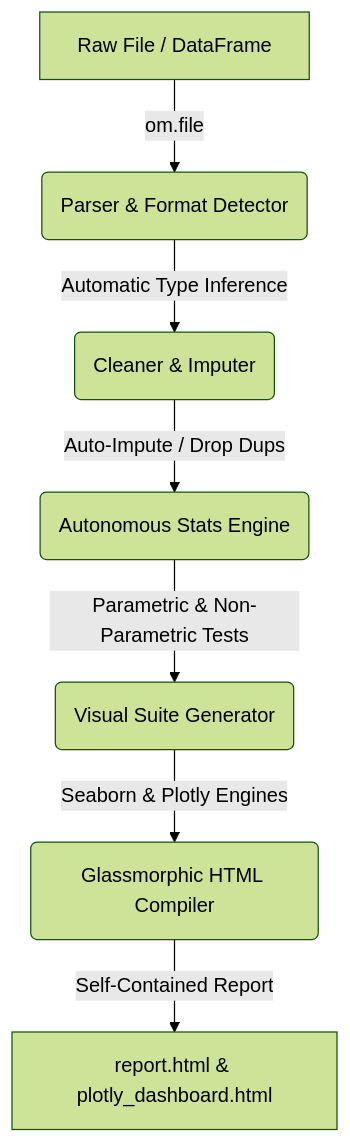
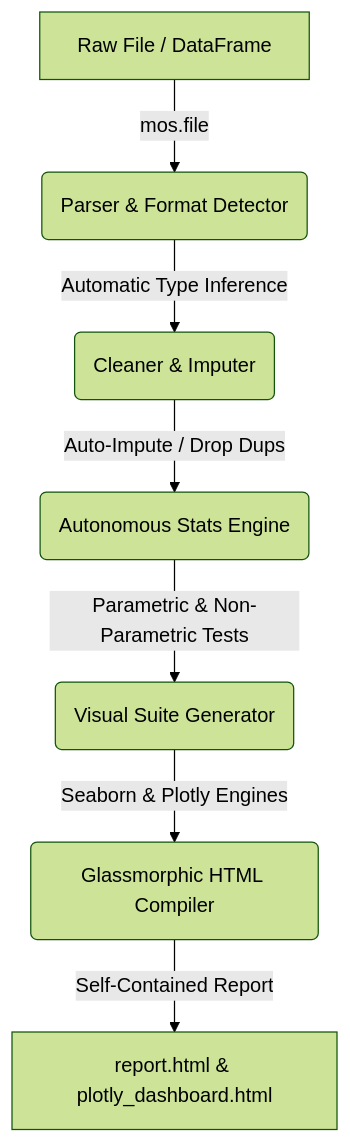
One commit to OmkarSugave/tom changed the diagram in README.md. Above: the diagram before and after it, drawn with Mermaid (forest theme). The commit also changed other lines of this file and 5 other files, not shown here.

````diff
--- a/README.md
+++ b/README.md
@@ -16,9 +16,9 @@
 ```mermaid
 graph TD
-    A[Raw File / DataFrame] -->|om.file| B(Parser & Format Detector)
+    A[Raw File / DataFrame] -->|mos.file| B(Parser & Format Detector)
     B -->|Automatic Type Inference| C(Cleaner & Imputer)
     C -->|Auto-Impute / Drop Dups| D(Autonomous Stats Engine)
     D -->|Parametric & Non-Parametric Tests| E(Visual Suite Generator)
     E -->|Seaborn & Plotly Engines| F(Glassmorphic HTML Compiler)
     F -->|Self-Contained Report| G[report.html & plotly_dashboard.html]
 ```
````
